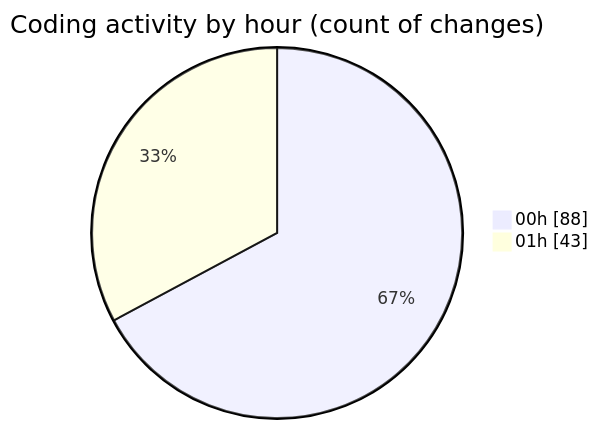
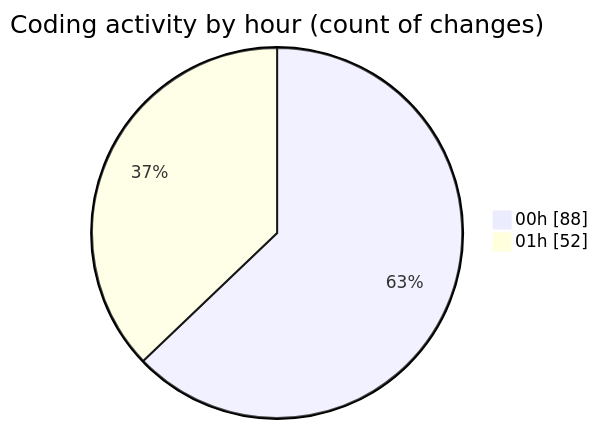
The second of 2 diagrams in 2025-08-16/rentotp/README.md (lephambinh05/code-tracking), drawn with Mermaid before and after one commit. The commit also changed other lines of this file and 1 other file, not shown here.

````diff
--- a/2025-08-16/rentotp/README.md
+++ b/2025-08-16/rentotp/README.md
@@ -46,6 +46,6 @@
 ```mermaid
 pie showData
 title Coding activity by hour (count of changes)
 "00h" : 88
-"01h" : 43
+"01h" : 52
 ```
````
